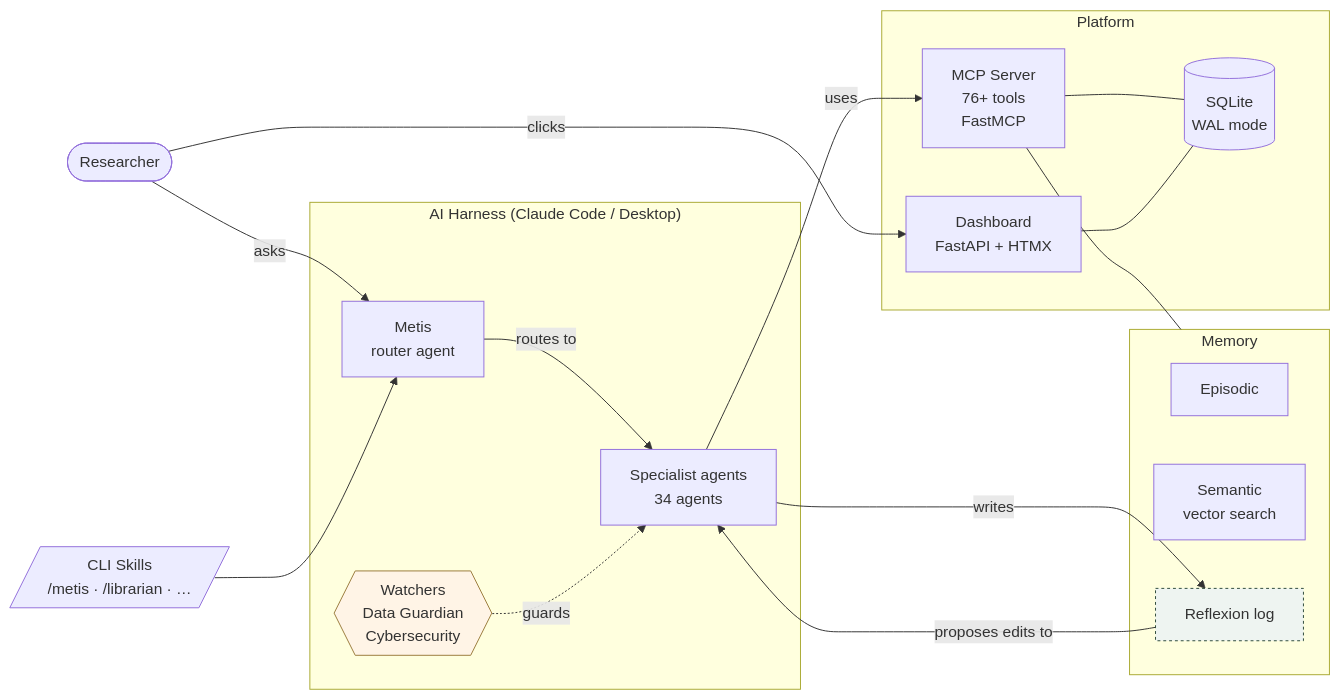
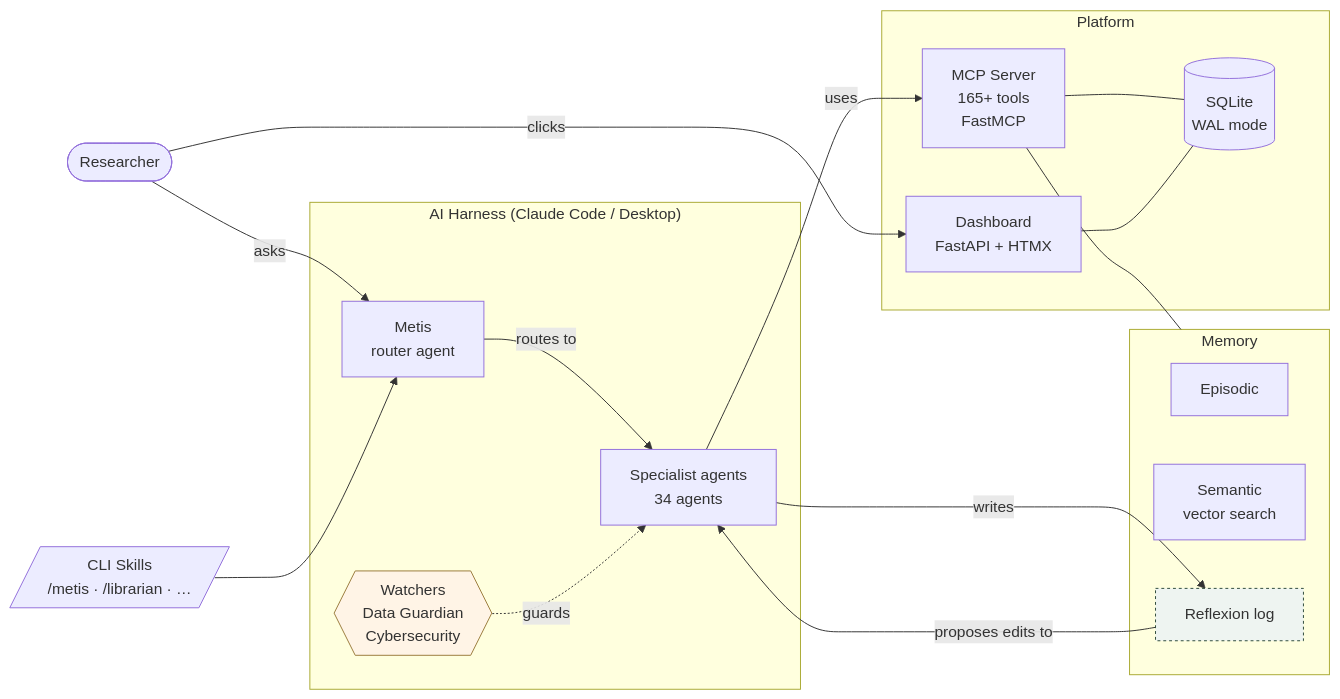
One commit to SVerITG/Metis changed the diagram in README.md. Above: the diagram before and after it, drawn with Mermaid. The commit also changed other lines of this file and 108 other files, not shown here.

````diff
--- a/README.md
+++ b/README.md
@@ -574,35 +588,35 @@
 ```mermaid
 flowchart LR
     U([Researcher])
     subgraph Harness["AI Harness (Claude Code / Desktop)"]
         METIS[Metis\nrouter agent]
         AGENTS[Specialist agents\n34 agents]
         WATCHERS{{Watchers\nData Guardian\nCybersecurity}}
     end
     subgraph Platform
-        MCP[MCP Server\n76+ tools\nFastMCP]
+        MCP[MCP Server\n165+ tools\nFastMCP]
         DASH[Dashboard\nFastAPI + HTMX]
         DB[(SQLite\nWAL mode)]
     end
     subgraph Memory
         EPIS[Episodic]
         SEM[Semantic\nvector search]
         REFLEX[Reflexion log]
     end
     Skills[/CLI Skills\n/metis · /librarian · …/]
 
     U -->|asks| METIS
     U -->|clicks| DASH
     METIS -->|routes to| AGENTS
     AGENTS -->|uses| MCP
     MCP --- DB
     DASH --- DB
     WATCHERS -.guards.-> AGENTS
     AGENTS -->|writes| REFLEX
     REFLEX -->|proposes edits to| AGENTS
     MCP --- Memory
     Skills --> METIS
 
     style WATCHERS fill:#fff4e6,stroke:#9a7b3c
     style REFLEX fill:#eef4f1,stroke:#2d4a3a,stroke-dasharray:3 3
 ```
````
